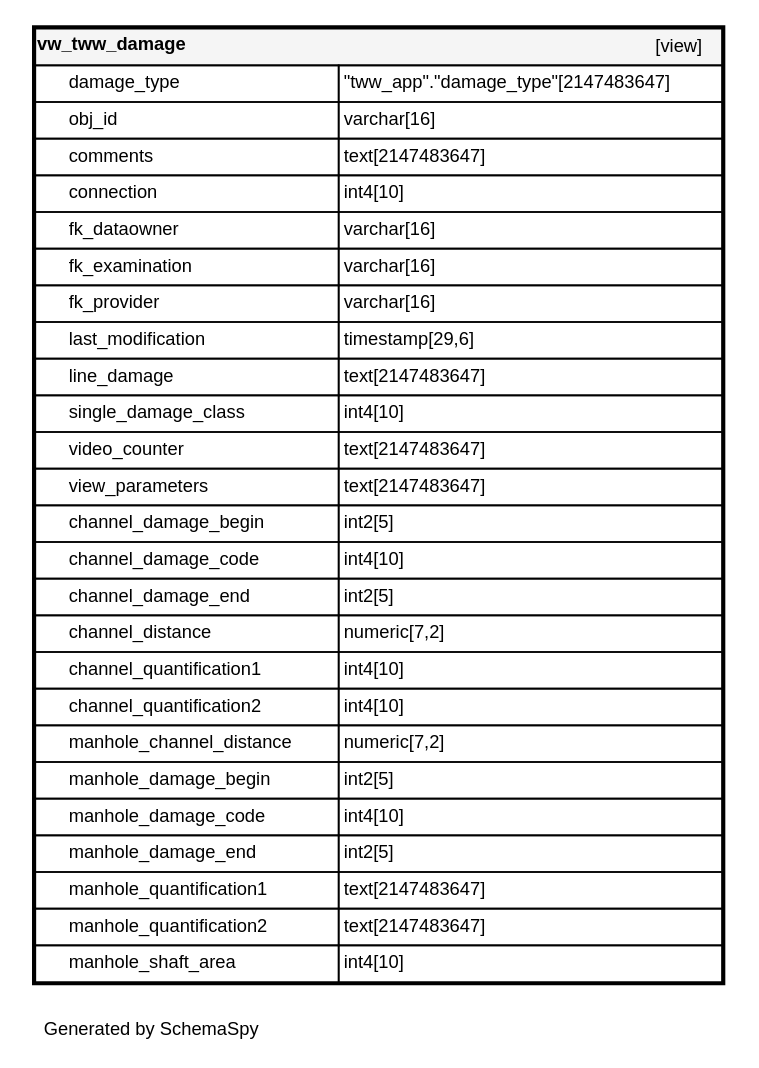
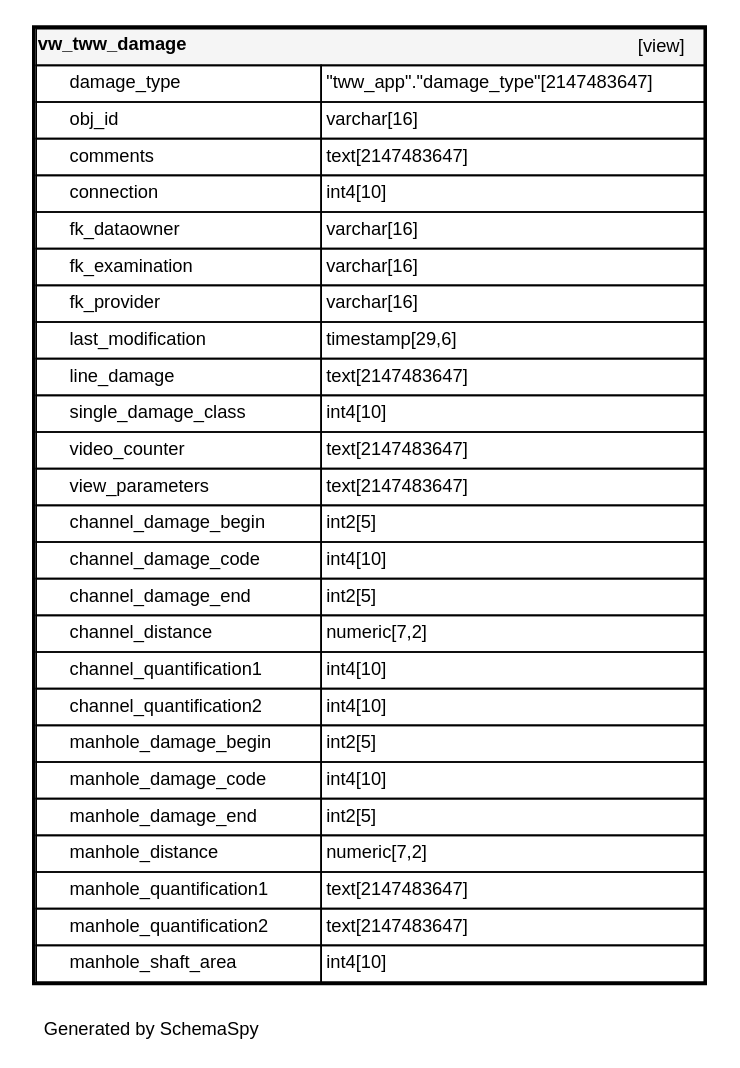
Before and after one commit to teksi/wastewater: the diagram in _static/datamodel/tww_app/diagrams/tables/vw_tww_damage.1degree.dot, drawn with Graphviz. The commit also changed 249 other files, not shown here.

```diff
--- a/_static/datamodel/tww_app/diagrams/tables/vw_tww_damage.1degree.dot
+++ b/_static/datamodel/tww_app/diagrams/tables/vw_tww_damage.1degree.dot
@@ -4,31 +4,31 @@
    label=<
     <TABLE BORDER="2" CELLBORDER="1" CELLSPACING="0" BGCOLOR="#ffffff">
       <TR><TD COLSPAN="4"  BGCOLOR="#f5f5f5"><TABLE BORDER="0" CELLSPACING="0"><TR><TD ALIGN="LEFT" FIXEDSIZE="TRUE" WIDTH="100" HEIGHT="16"><B>vw_tww_damage</B></TD><TD ALIGN="RIGHT">[view]</TD></TR></TABLE></TD></TR>
-      <TR><TD PORT="damage_type" COLSPAN="2" ALIGN="LEFT"><TABLE BORDER="0" CELLSPACING="0" ALIGN="LEFT"><TR ALIGN="LEFT"><TD ALIGN="LEFT" FIXEDSIZE="TRUE" WIDTH="15" HEIGHT="16"></TD><TD ALIGN="LEFT" FIXEDSIZE="TRUE" WIDTH="161" HEIGHT="16">damage_type</TD></TR></TABLE></TD><TD PORT="damage_type.type" ALIGN="LEFT">&quot;tww_app&quot;.&quot;damage_type&quot;[2147483647]</TD></TR>
-      <TR><TD PORT="obj_id" COLSPAN="2" ALIGN="LEFT"><TABLE BORDER="0" CELLSPACING="0" ALIGN="LEFT"><TR ALIGN="LEFT"><TD ALIGN="LEFT" FIXEDSIZE="TRUE" WIDTH="15" HEIGHT="16"></TD><TD ALIGN="LEFT" FIXEDSIZE="TRUE" WIDTH="161" HEIGHT="16">obj_id</TD></TR></TABLE></TD><TD PORT="obj_id.type" ALIGN="LEFT">varchar[16]</TD></TR>
-      <TR><TD PORT="comments" COLSPAN="2" ALIGN="LEFT"><TABLE BORDER="0" CELLSPACING="0" ALIGN="LEFT"><TR ALIGN="LEFT"><TD ALIGN="LEFT" FIXEDSIZE="TRUE" WIDTH="15" HEIGHT="16"></TD><TD ALIGN="LEFT" FIXEDSIZE="TRUE" WIDTH="161" HEIGHT="16">comments</TD></TR></TABLE></TD><TD PORT="comments.type" ALIGN="LEFT">text[2147483647]</TD></TR>
-      <TR><TD PORT="connection" COLSPAN="2" ALIGN="LEFT"><TABLE BORDER="0" CELLSPACING="0" ALIGN="LEFT"><TR ALIGN="LEFT"><TD ALIGN="LEFT" FIXEDSIZE="TRUE" WIDTH="15" HEIGHT="16"></TD><TD ALIGN="LEFT" FIXEDSIZE="TRUE" WIDTH="161" HEIGHT="16">connection</TD></TR></TABLE></TD><TD PORT="connection.type" ALIGN="LEFT">int4[10]</TD></TR>
-      <TR><TD PORT="fk_dataowner" COLSPAN="2" ALIGN="LEFT"><TABLE BORDER="0" CELLSPACING="0" ALIGN="LEFT"><TR ALIGN="LEFT"><TD ALIGN="LEFT" FIXEDSIZE="TRUE" WIDTH="15" HEIGHT="16"></TD><TD ALIGN="LEFT" FIXEDSIZE="TRUE" WIDTH="161" HEIGHT="16">fk_dataowner</TD></TR></TABLE></TD><TD PORT="fk_dataowner.type" ALIGN="LEFT">varchar[16]</TD></TR>
-      <TR><TD PORT="fk_examination" COLSPAN="2" ALIGN="LEFT"><TABLE BORDER="0" CELLSPACING="0" ALIGN="LEFT"><TR ALIGN="LEFT"><TD ALIGN="LEFT" FIXEDSIZE="TRUE" WIDTH="15" HEIGHT="16"></TD><TD ALIGN="LEFT" FIXEDSIZE="TRUE" WIDTH="161" HEIGHT="16">fk_examination</TD></TR></TABLE></TD><TD PORT="fk_examination.type" ALIGN="LEFT">varchar[16]</TD></TR>
-      <TR><TD PORT="fk_provider" COLSPAN="2" ALIGN="LEFT"><TABLE BORDER="0" CELLSPACING="0" ALIGN="LEFT"><TR ALIGN="LEFT"><TD ALIGN="LEFT" FIXEDSIZE="TRUE" WIDTH="15" HEIGHT="16"></TD><TD ALIGN="LEFT" FIXEDSIZE="TRUE" WIDTH="161" HEIGHT="16">fk_provider</TD></TR></TABLE></TD><TD PORT="fk_provider.type" ALIGN="LEFT">varchar[16]</TD></TR>
-      <TR><TD PORT="last_modification" COLSPAN="2" ALIGN="LEFT"><TABLE BORDER="0" CELLSPACING="0" ALIGN="LEFT"><TR ALIGN="LEFT"><TD ALIGN="LEFT" FIXEDSIZE="TRUE" WIDTH="15" HEIGHT="16"></TD><TD ALIGN="LEFT" FIXEDSIZE="TRUE" WIDTH="161" HEIGHT="16">last_modification</TD></TR></TABLE></TD><TD PORT="last_modification.type" ALIGN="LEFT">timestamp[29,6]</TD></TR>
-      <TR><TD PORT="line_damage" COLSPAN="2" ALIGN="LEFT"><TABLE BORDER="0" CELLSPACING="0" ALIGN="LEFT"><TR ALIGN="LEFT"><TD ALIGN="LEFT" FIXEDSIZE="TRUE" WIDTH="15" HEIGHT="16"></TD><TD ALIGN="LEFT" FIXEDSIZE="TRUE" WIDTH="161" HEIGHT="16">line_damage</TD></TR></TABLE></TD><TD PORT="line_damage.type" ALIGN="LEFT">text[2147483647]</TD></TR>
-      <TR><TD PORT="single_damage_class" COLSPAN="2" ALIGN="LEFT"><TABLE BORDER="0" CELLSPACING="0" ALIGN="LEFT"><TR ALIGN="LEFT"><TD ALIGN="LEFT" FIXEDSIZE="TRUE" WIDTH="15" HEIGHT="16"></TD><TD ALIGN="LEFT" FIXEDSIZE="TRUE" WIDTH="161" HEIGHT="16">single_damage_class</TD></TR></TABLE></TD><TD PORT="single_damage_class.type" ALIGN="LEFT">int4[10]</TD></TR>
-      <TR><TD PORT="video_counter" COLSPAN="2" ALIGN="LEFT"><TABLE BORDER="0" CELLSPACING="0" ALIGN="LEFT"><TR ALIGN="LEFT"><TD ALIGN="LEFT" FIXEDSIZE="TRUE" WIDTH="15" HEIGHT="16"></TD><TD ALIGN="LEFT" FIXEDSIZE="TRUE" WIDTH="161" HEIGHT="16">video_counter</TD></TR></TABLE></TD><TD PORT="video_counter.type" ALIGN="LEFT">text[2147483647]</TD></TR>
-      <TR><TD PORT="view_parameters" COLSPAN="2" ALIGN="LEFT"><TABLE BORDER="0" CELLSPACING="0" ALIGN="LEFT"><TR ALIGN="LEFT"><TD ALIGN="LEFT" FIXEDSIZE="TRUE" WIDTH="15" HEIGHT="16"></TD><TD ALIGN="LEFT" FIXEDSIZE="TRUE" WIDTH="161" HEIGHT="16">view_parameters</TD></TR></TABLE></TD><TD PORT="view_parameters.type" ALIGN="LEFT">text[2147483647]</TD></TR>
-      <TR><TD PORT="channel_damage_begin" COLSPAN="2" ALIGN="LEFT"><TABLE BORDER="0" CELLSPACING="0" ALIGN="LEFT"><TR ALIGN="LEFT"><TD ALIGN="LEFT" FIXEDSIZE="TRUE" WIDTH="15" HEIGHT="16"></TD><TD ALIGN="LEFT" FIXEDSIZE="TRUE" WIDTH="161" HEIGHT="16">channel_damage_begin</TD></TR></TABLE></TD><TD PORT="channel_damage_begin.type" ALIGN="LEFT">int2[5]</TD></TR>
-      <TR><TD PORT="channel_damage_code" COLSPAN="2" ALIGN="LEFT"><TABLE BORDER="0" CELLSPACING="0" ALIGN="LEFT"><TR ALIGN="LEFT"><TD ALIGN="LEFT" FIXEDSIZE="TRUE" WIDTH="15" HEIGHT="16"></TD><TD ALIGN="LEFT" FIXEDSIZE="TRUE" WIDTH="161" HEIGHT="16">channel_damage_code</TD></TR></TABLE></TD><TD PORT="channel_damage_code.type" ALIGN="LEFT">int4[10]</TD></TR>
-      <TR><TD PORT="channel_damage_end" COLSPAN="2" ALIGN="LEFT"><TABLE BORDER="0" CELLSPACING="0" ALIGN="LEFT"><TR ALIGN="LEFT"><TD ALIGN="LEFT" FIXEDSIZE="TRUE" WIDTH="15" HEIGHT="16"></TD><TD ALIGN="LEFT" FIXEDSIZE="TRUE" WIDTH="161" HEIGHT="16">channel_damage_end</TD></TR></TABLE></TD><TD PORT="channel_damage_end.type" ALIGN="LEFT">int2[5]</TD></TR>
-      <TR><TD PORT="channel_distance" COLSPAN="2" ALIGN="LEFT"><TABLE BORDER="0" CELLSPACING="0" ALIGN="LEFT"><TR ALIGN="LEFT"><TD ALIGN="LEFT" FIXEDSIZE="TRUE" WIDTH="15" HEIGHT="16"></TD><TD ALIGN="LEFT" FIXEDSIZE="TRUE" WIDTH="161" HEIGHT="16">channel_distance</TD></TR></TABLE></TD><TD PORT="channel_distance.type" ALIGN="LEFT">numeric[7,2]</TD></TR>
-      <TR><TD PORT="channel_quantification1" COLSPAN="2" ALIGN="LEFT"><TABLE BORDER="0" CELLSPACING="0" ALIGN="LEFT"><TR ALIGN="LEFT"><TD ALIGN="LEFT" FIXEDSIZE="TRUE" WIDTH="15" HEIGHT="16"></TD><TD ALIGN="LEFT" FIXEDSIZE="TRUE" WIDTH="161" HEIGHT="16">channel_quantification1</TD></TR></TABLE></TD><TD PORT="channel_quantification1.type" ALIGN="LEFT">int4[10]</TD></TR>
-      <TR><TD PORT="channel_quantification2" COLSPAN="2" ALIGN="LEFT"><TABLE BORDER="0" CELLSPACING="0" ALIGN="LEFT"><TR ALIGN="LEFT"><TD ALIGN="LEFT" FIXEDSIZE="TRUE" WIDTH="15" HEIGHT="16"></TD><TD ALIGN="LEFT" FIXEDSIZE="TRUE" WIDTH="161" HEIGHT="16">channel_quantification2</TD></TR></TABLE></TD><TD PORT="channel_quantification2.type" ALIGN="LEFT">int4[10]</TD></TR>
-      <TR><TD PORT="manhole_channel_distance" COLSPAN="2" ALIGN="LEFT"><TABLE BORDER="0" CELLSPACING="0" ALIGN="LEFT"><TR ALIGN="LEFT"><TD ALIGN="LEFT" FIXEDSIZE="TRUE" WIDTH="15" HEIGHT="16"></TD><TD ALIGN="LEFT" FIXEDSIZE="TRUE" WIDTH="161" HEIGHT="16">manhole_channel_distance</TD></TR></TABLE></TD><TD PORT="manhole_channel_distance.type" ALIGN="LEFT">numeric[7,2]</TD></TR>
-      <TR><TD PORT="manhole_damage_begin" COLSPAN="2" ALIGN="LEFT"><TABLE BORDER="0" CELLSPACING="0" ALIGN="LEFT"><TR ALIGN="LEFT"><TD ALIGN="LEFT" FIXEDSIZE="TRUE" WIDTH="15" HEIGHT="16"></TD><TD ALIGN="LEFT" FIXEDSIZE="TRUE" WIDTH="161" HEIGHT="16">manhole_damage_begin</TD></TR></TABLE></TD><TD PORT="manhole_damage_begin.type" ALIGN="LEFT">int2[5]</TD></TR>
-      <TR><TD PORT="manhole_damage_code" COLSPAN="2" ALIGN="LEFT"><TABLE BORDER="0" CELLSPACING="0" ALIGN="LEFT"><TR ALIGN="LEFT"><TD ALIGN="LEFT" FIXEDSIZE="TRUE" WIDTH="15" HEIGHT="16"></TD><TD ALIGN="LEFT" FIXEDSIZE="TRUE" WIDTH="161" HEIGHT="16">manhole_damage_code</TD></TR></TABLE></TD><TD PORT="manhole_damage_code.type" ALIGN="LEFT">int4[10]</TD></TR>
-      <TR><TD PORT="manhole_damage_end" COLSPAN="2" ALIGN="LEFT"><TABLE BORDER="0" CELLSPACING="0" ALIGN="LEFT"><TR ALIGN="LEFT"><TD ALIGN="LEFT" FIXEDSIZE="TRUE" WIDTH="15" HEIGHT="16"></TD><TD ALIGN="LEFT" FIXEDSIZE="TRUE" WIDTH="161" HEIGHT="16">manhole_damage_end</TD></TR></TABLE></TD><TD PORT="manhole_damage_end.type" ALIGN="LEFT">int2[5]</TD></TR>
-      <TR><TD PORT="manhole_quantification1" COLSPAN="2" ALIGN="LEFT"><TABLE BORDER="0" CELLSPACING="0" ALIGN="LEFT"><TR ALIGN="LEFT"><TD ALIGN="LEFT" FIXEDSIZE="TRUE" WIDTH="15" HEIGHT="16"></TD><TD ALIGN="LEFT" FIXEDSIZE="TRUE" WIDTH="161" HEIGHT="16">manhole_quantification1</TD></TR></TABLE></TD><TD PORT="manhole_quantification1.type" ALIGN="LEFT">text[2147483647]</TD></TR>
-      <TR><TD PORT="manhole_quantification2" COLSPAN="2" ALIGN="LEFT"><TABLE BORDER="0" CELLSPACING="0" ALIGN="LEFT"><TR ALIGN="LEFT"><TD ALIGN="LEFT" FIXEDSIZE="TRUE" WIDTH="15" HEIGHT="16"></TD><TD ALIGN="LEFT" FIXEDSIZE="TRUE" WIDTH="161" HEIGHT="16">manhole_quantification2</TD></TR></TABLE></TD><TD PORT="manhole_quantification2.type" ALIGN="LEFT">text[2147483647]</TD></TR>
-      <TR><TD PORT="manhole_shaft_area" COLSPAN="2" ALIGN="LEFT"><TABLE BORDER="0" CELLSPACING="0" ALIGN="LEFT"><TR ALIGN="LEFT"><TD ALIGN="LEFT" FIXEDSIZE="TRUE" WIDTH="15" HEIGHT="16"></TD><TD ALIGN="LEFT" FIXEDSIZE="TRUE" WIDTH="161" HEIGHT="16">manhole_shaft_area</TD></TR></TABLE></TD><TD PORT="manhole_shaft_area.type" ALIGN="LEFT">int4[10]</TD></TR>
+      <TR><TD PORT="damage_type" COLSPAN="2" ALIGN="LEFT"><TABLE BORDER="0" CELLSPACING="0" ALIGN="LEFT"><TR ALIGN="LEFT"><TD ALIGN="LEFT" FIXEDSIZE="TRUE" WIDTH="15" HEIGHT="16"></TD><TD ALIGN="LEFT" FIXEDSIZE="TRUE" WIDTH="150" HEIGHT="16">damage_type</TD></TR></TABLE></TD><TD PORT="damage_type.type" ALIGN="LEFT">&quot;tww_app&quot;.&quot;damage_type&quot;[2147483647]</TD></TR>
+      <TR><TD PORT="obj_id" COLSPAN="2" ALIGN="LEFT"><TABLE BORDER="0" CELLSPACING="0" ALIGN="LEFT"><TR ALIGN="LEFT"><TD ALIGN="LEFT" FIXEDSIZE="TRUE" WIDTH="15" HEIGHT="16"></TD><TD ALIGN="LEFT" FIXEDSIZE="TRUE" WIDTH="150" HEIGHT="16">obj_id</TD></TR></TABLE></TD><TD PORT="obj_id.type" ALIGN="LEFT">varchar[16]</TD></TR>
+      <TR><TD PORT="comments" COLSPAN="2" ALIGN="LEFT"><TABLE BORDER="0" CELLSPACING="0" ALIGN="LEFT"><TR ALIGN="LEFT"><TD ALIGN="LEFT" FIXEDSIZE="TRUE" WIDTH="15" HEIGHT="16"></TD><TD ALIGN="LEFT" FIXEDSIZE="TRUE" WIDTH="150" HEIGHT="16">comments</TD></TR></TABLE></TD><TD PORT="comments.type" ALIGN="LEFT">text[2147483647]</TD></TR>
+      <TR><TD PORT="connection" COLSPAN="2" ALIGN="LEFT"><TABLE BORDER="0" CELLSPACING="0" ALIGN="LEFT"><TR ALIGN="LEFT"><TD ALIGN="LEFT" FIXEDSIZE="TRUE" WIDTH="15" HEIGHT="16"></TD><TD ALIGN="LEFT" FIXEDSIZE="TRUE" WIDTH="150" HEIGHT="16">connection</TD></TR></TABLE></TD><TD PORT="connection.type" ALIGN="LEFT">int4[10]</TD></TR>
+      <TR><TD PORT="fk_dataowner" COLSPAN="2" ALIGN="LEFT"><TABLE BORDER="0" CELLSPACING="0" ALIGN="LEFT"><TR ALIGN="LEFT"><TD ALIGN="LEFT" FIXEDSIZE="TRUE" WIDTH="15" HEIGHT="16"></TD><TD ALIGN="LEFT" FIXEDSIZE="TRUE" WIDTH="150" HEIGHT="16">fk_dataowner</TD></TR></TABLE></TD><TD PORT="fk_dataowner.type" ALIGN="LEFT">varchar[16]</TD></TR>
+      <TR><TD PORT="fk_examination" COLSPAN="2" ALIGN="LEFT"><TABLE BORDER="0" CELLSPACING="0" ALIGN="LEFT"><TR ALIGN="LEFT"><TD ALIGN="LEFT" FIXEDSIZE="TRUE" WIDTH="15" HEIGHT="16"></TD><TD ALIGN="LEFT" FIXEDSIZE="TRUE" WIDTH="150" HEIGHT="16">fk_examination</TD></TR></TABLE></TD><TD PORT="fk_examination.type" ALIGN="LEFT">varchar[16]</TD></TR>
+      <TR><TD PORT="fk_provider" COLSPAN="2" ALIGN="LEFT"><TABLE BORDER="0" CELLSPACING="0" ALIGN="LEFT"><TR ALIGN="LEFT"><TD ALIGN="LEFT" FIXEDSIZE="TRUE" WIDTH="15" HEIGHT="16"></TD><TD ALIGN="LEFT" FIXEDSIZE="TRUE" WIDTH="150" HEIGHT="16">fk_provider</TD></TR></TABLE></TD><TD PORT="fk_provider.type" ALIGN="LEFT">varchar[16]</TD></TR>
+      <TR><TD PORT="last_modification" COLSPAN="2" ALIGN="LEFT"><TABLE BORDER="0" CELLSPACING="0" ALIGN="LEFT"><TR ALIGN="LEFT"><TD ALIGN="LEFT" FIXEDSIZE="TRUE" WIDTH="15" HEIGHT="16"></TD><TD ALIGN="LEFT" FIXEDSIZE="TRUE" WIDTH="150" HEIGHT="16">last_modification</TD></TR></TABLE></TD><TD PORT="last_modification.type" ALIGN="LEFT">timestamp[29,6]</TD></TR>
+      <TR><TD PORT="line_damage" COLSPAN="2" ALIGN="LEFT"><TABLE BORDER="0" CELLSPACING="0" ALIGN="LEFT"><TR ALIGN="LEFT"><TD ALIGN="LEFT" FIXEDSIZE="TRUE" WIDTH="15" HEIGHT="16"></TD><TD ALIGN="LEFT" FIXEDSIZE="TRUE" WIDTH="150" HEIGHT="16">line_damage</TD></TR></TABLE></TD><TD PORT="line_damage.type" ALIGN="LEFT">text[2147483647]</TD></TR>
+      <TR><TD PORT="single_damage_class" COLSPAN="2" ALIGN="LEFT"><TABLE BORDER="0" CELLSPACING="0" ALIGN="LEFT"><TR ALIGN="LEFT"><TD ALIGN="LEFT" FIXEDSIZE="TRUE" WIDTH="15" HEIGHT="16"></TD><TD ALIGN="LEFT" FIXEDSIZE="TRUE" WIDTH="150" HEIGHT="16">single_damage_class</TD></TR></TABLE></TD><TD PORT="single_damage_class.type" ALIGN="LEFT">int4[10]</TD></TR>
+      <TR><TD PORT="video_counter" COLSPAN="2" ALIGN="LEFT"><TABLE BORDER="0" CELLSPACING="0" ALIGN="LEFT"><TR ALIGN="LEFT"><TD ALIGN="LEFT" FIXEDSIZE="TRUE" WIDTH="15" HEIGHT="16"></TD><TD ALIGN="LEFT" FIXEDSIZE="TRUE" WIDTH="150" HEIGHT="16">video_counter</TD></TR></TABLE></TD><TD PORT="video_counter.type" ALIGN="LEFT">text[2147483647]</TD></TR>
+      <TR><TD PORT="view_parameters" COLSPAN="2" ALIGN="LEFT"><TABLE BORDER="0" CELLSPACING="0" ALIGN="LEFT"><TR ALIGN="LEFT"><TD ALIGN="LEFT" FIXEDSIZE="TRUE" WIDTH="15" HEIGHT="16"></TD><TD ALIGN="LEFT" FIXEDSIZE="TRUE" WIDTH="150" HEIGHT="16">view_parameters</TD></TR></TABLE></TD><TD PORT="view_parameters.type" ALIGN="LEFT">text[2147483647]</TD></TR>
+      <TR><TD PORT="channel_damage_begin" COLSPAN="2" ALIGN="LEFT"><TABLE BORDER="0" CELLSPACING="0" ALIGN="LEFT"><TR ALIGN="LEFT"><TD ALIGN="LEFT" FIXEDSIZE="TRUE" WIDTH="15" HEIGHT="16"></TD><TD ALIGN="LEFT" FIXEDSIZE="TRUE" WIDTH="150" HEIGHT="16">channel_damage_begin</TD></TR></TABLE></TD><TD PORT="channel_damage_begin.type" ALIGN="LEFT">int2[5]</TD></TR>
+      <TR><TD PORT="channel_damage_code" COLSPAN="2" ALIGN="LEFT"><TABLE BORDER="0" CELLSPACING="0" ALIGN="LEFT"><TR ALIGN="LEFT"><TD ALIGN="LEFT" FIXEDSIZE="TRUE" WIDTH="15" HEIGHT="16"></TD><TD ALIGN="LEFT" FIXEDSIZE="TRUE" WIDTH="150" HEIGHT="16">channel_damage_code</TD></TR></TABLE></TD><TD PORT="channel_damage_code.type" ALIGN="LEFT">int4[10]</TD></TR>
+      <TR><TD PORT="channel_damage_end" COLSPAN="2" ALIGN="LEFT"><TABLE BORDER="0" CELLSPACING="0" ALIGN="LEFT"><TR ALIGN="LEFT"><TD ALIGN="LEFT" FIXEDSIZE="TRUE" WIDTH="15" HEIGHT="16"></TD><TD ALIGN="LEFT" FIXEDSIZE="TRUE" WIDTH="150" HEIGHT="16">channel_damage_end</TD></TR></TABLE></TD><TD PORT="channel_damage_end.type" ALIGN="LEFT">int2[5]</TD></TR>
+      <TR><TD PORT="channel_distance" COLSPAN="2" ALIGN="LEFT"><TABLE BORDER="0" CELLSPACING="0" ALIGN="LEFT"><TR ALIGN="LEFT"><TD ALIGN="LEFT" FIXEDSIZE="TRUE" WIDTH="15" HEIGHT="16"></TD><TD ALIGN="LEFT" FIXEDSIZE="TRUE" WIDTH="150" HEIGHT="16">channel_distance</TD></TR></TABLE></TD><TD PORT="channel_distance.type" ALIGN="LEFT">numeric[7,2]</TD></TR>
+      <TR><TD PORT="channel_quantification1" COLSPAN="2" ALIGN="LEFT"><TABLE BORDER="0" CELLSPACING="0" ALIGN="LEFT"><TR ALIGN="LEFT"><TD ALIGN="LEFT" FIXEDSIZE="TRUE" WIDTH="15" HEIGHT="16"></TD><TD ALIGN="LEFT" FIXEDSIZE="TRUE" WIDTH="150" HEIGHT="16">channel_quantification1</TD></TR></TABLE></TD><TD PORT="channel_quantification1.type" ALIGN="LEFT">int4[10]</TD></TR>
+      <TR><TD PORT="channel_quantification2" COLSPAN="2" ALIGN="LEFT"><TABLE BORDER="0" CELLSPACING="0" ALIGN="LEFT"><TR ALIGN="LEFT"><TD ALIGN="LEFT" FIXEDSIZE="TRUE" WIDTH="15" HEIGHT="16"></TD><TD ALIGN="LEFT" FIXEDSIZE="TRUE" WIDTH="150" HEIGHT="16">channel_quantification2</TD></TR></TABLE></TD><TD PORT="channel_quantification2.type" ALIGN="LEFT">int4[10]</TD></TR>
+      <TR><TD PORT="manhole_damage_begin" COLSPAN="2" ALIGN="LEFT"><TABLE BORDER="0" CELLSPACING="0" ALIGN="LEFT"><TR ALIGN="LEFT"><TD ALIGN="LEFT" FIXEDSIZE="TRUE" WIDTH="15" HEIGHT="16"></TD><TD ALIGN="LEFT" FIXEDSIZE="TRUE" WIDTH="150" HEIGHT="16">manhole_damage_begin</TD></TR></TABLE></TD><TD PORT="manhole_damage_begin.type" ALIGN="LEFT">int2[5]</TD></TR>
+      <TR><TD PORT="manhole_damage_code" COLSPAN="2" ALIGN="LEFT"><TABLE BORDER="0" CELLSPACING="0" ALIGN="LEFT"><TR ALIGN="LEFT"><TD ALIGN="LEFT" FIXEDSIZE="TRUE" WIDTH="15" HEIGHT="16"></TD><TD ALIGN="LEFT" FIXEDSIZE="TRUE" WIDTH="150" HEIGHT="16">manhole_damage_code</TD></TR></TABLE></TD><TD PORT="manhole_damage_code.type" ALIGN="LEFT">int4[10]</TD></TR>
+      <TR><TD PORT="manhole_damage_end" COLSPAN="2" ALIGN="LEFT"><TABLE BORDER="0" CELLSPACING="0" ALIGN="LEFT"><TR ALIGN="LEFT"><TD ALIGN="LEFT" FIXEDSIZE="TRUE" WIDTH="15" HEIGHT="16"></TD><TD ALIGN="LEFT" FIXEDSIZE="TRUE" WIDTH="150" HEIGHT="16">manhole_damage_end</TD></TR></TABLE></TD><TD PORT="manhole_damage_end.type" ALIGN="LEFT">int2[5]</TD></TR>
+      <TR><TD PORT="manhole_distance" COLSPAN="2" ALIGN="LEFT"><TABLE BORDER="0" CELLSPACING="0" ALIGN="LEFT"><TR ALIGN="LEFT"><TD ALIGN="LEFT" FIXEDSIZE="TRUE" WIDTH="15" HEIGHT="16"></TD><TD ALIGN="LEFT" FIXEDSIZE="TRUE" WIDTH="150" HEIGHT="16">manhole_distance</TD></TR></TABLE></TD><TD PORT="manhole_distance.type" ALIGN="LEFT">numeric[7,2]</TD></TR>
+      <TR><TD PORT="manhole_quantification1" COLSPAN="2" ALIGN="LEFT"><TABLE BORDER="0" CELLSPACING="0" ALIGN="LEFT"><TR ALIGN="LEFT"><TD ALIGN="LEFT" FIXEDSIZE="TRUE" WIDTH="15" HEIGHT="16"></TD><TD ALIGN="LEFT" FIXEDSIZE="TRUE" WIDTH="150" HEIGHT="16">manhole_quantification1</TD></TR></TABLE></TD><TD PORT="manhole_quantification1.type" ALIGN="LEFT">text[2147483647]</TD></TR>
+      <TR><TD PORT="manhole_quantification2" COLSPAN="2" ALIGN="LEFT"><TABLE BORDER="0" CELLSPACING="0" ALIGN="LEFT"><TR ALIGN="LEFT"><TD ALIGN="LEFT" FIXEDSIZE="TRUE" WIDTH="15" HEIGHT="16"></TD><TD ALIGN="LEFT" FIXEDSIZE="TRUE" WIDTH="150" HEIGHT="16">manhole_quantification2</TD></TR></TABLE></TD><TD PORT="manhole_quantification2.type" ALIGN="LEFT">text[2147483647]</TD></TR>
+      <TR><TD PORT="manhole_shaft_area" COLSPAN="2" ALIGN="LEFT"><TABLE BORDER="0" CELLSPACING="0" ALIGN="LEFT"><TR ALIGN="LEFT"><TD ALIGN="LEFT" FIXEDSIZE="TRUE" WIDTH="15" HEIGHT="16"></TD><TD ALIGN="LEFT" FIXEDSIZE="TRUE" WIDTH="150" HEIGHT="16">manhole_shaft_area</TD></TR></TABLE></TD><TD PORT="manhole_shaft_area.type" ALIGN="LEFT">int4[10]</TD></TR>
     </TABLE>>
     URL="../../tables/vw_tww_damage.html"
     target="_top"
```
